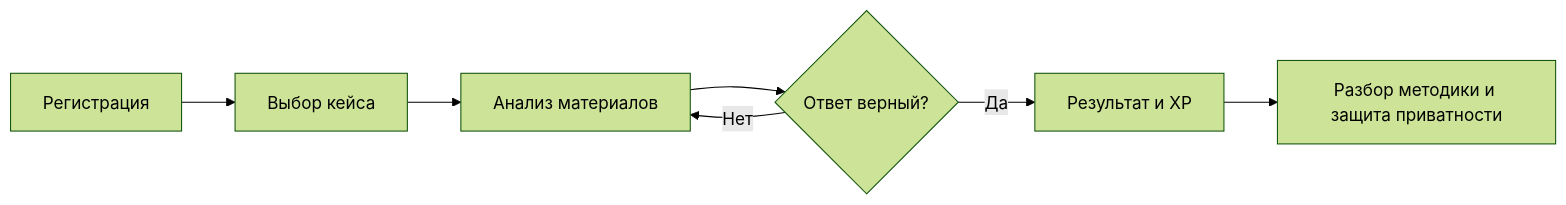
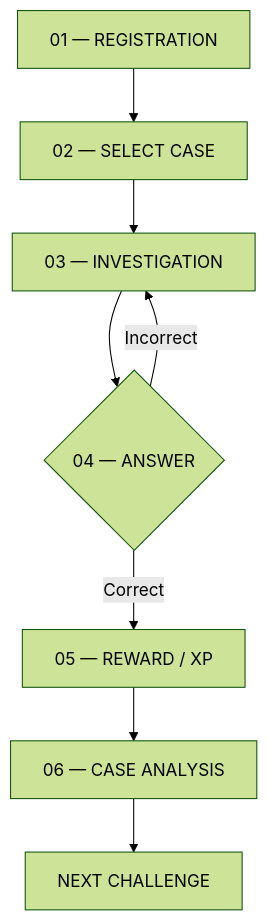
The first of 2 diagrams in README.md (erozz77/Needle), drawn with Mermaid (forest theme) before and after one commit. The commit also changed other lines of this file, not shown here.

````diff
--- a/README.md
+++ b/README.md
@@ -59,9 +82,10 @@
 ```mermaid
-flowchart LR
-    A["Регистрация"] --> B["Выбор кейса"]
-    B --> C["Анализ материалов"]
-    C --> D{"Ответ верный?"}
-    D -- "Нет" --> C
-    D -- "Да" --> E["Результат и XP"]
-    E --> F["Разбор методики и защита приватности"]
+flowchart TD
+    A["01 — REGISTRATION"] --> B["02 — SELECT CASE"]
+    B --> C["03 — INVESTIGATION"]
+    C --> D{"04 — ANSWER"}
+    D -->|"Incorrect"| C
+    D -->|"Correct"| E["05 — REWARD / XP"]
+    E --> F["06 — CASE ANALYSIS"]
+    F --> G["NEXT CHALLENGE"]
 ```
````
